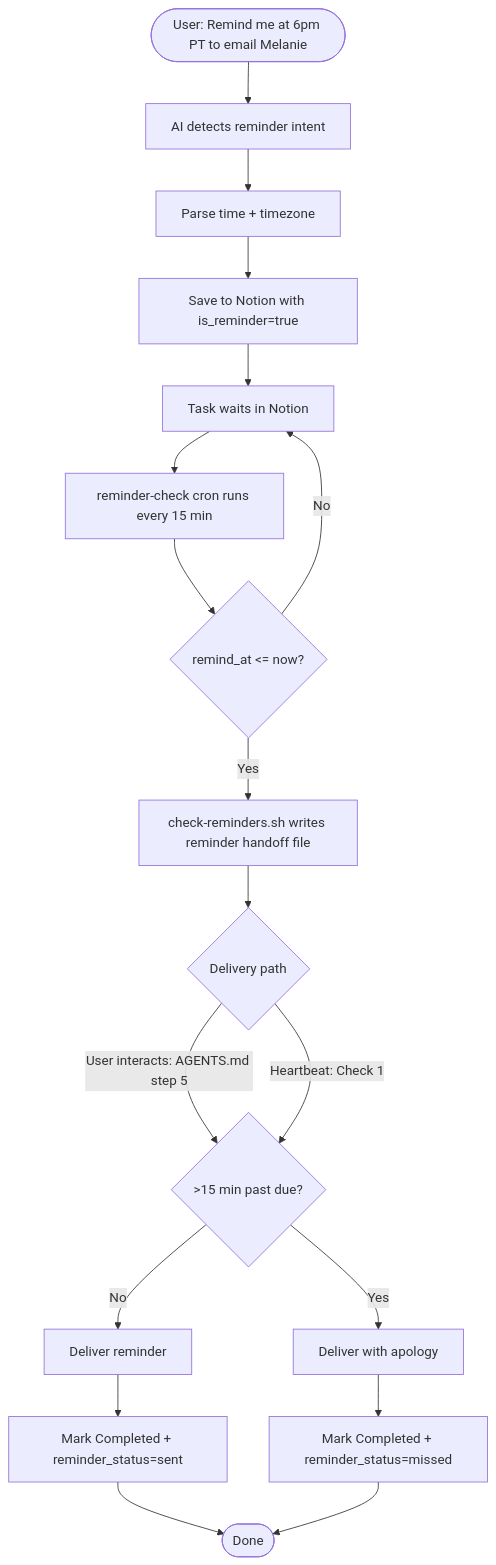
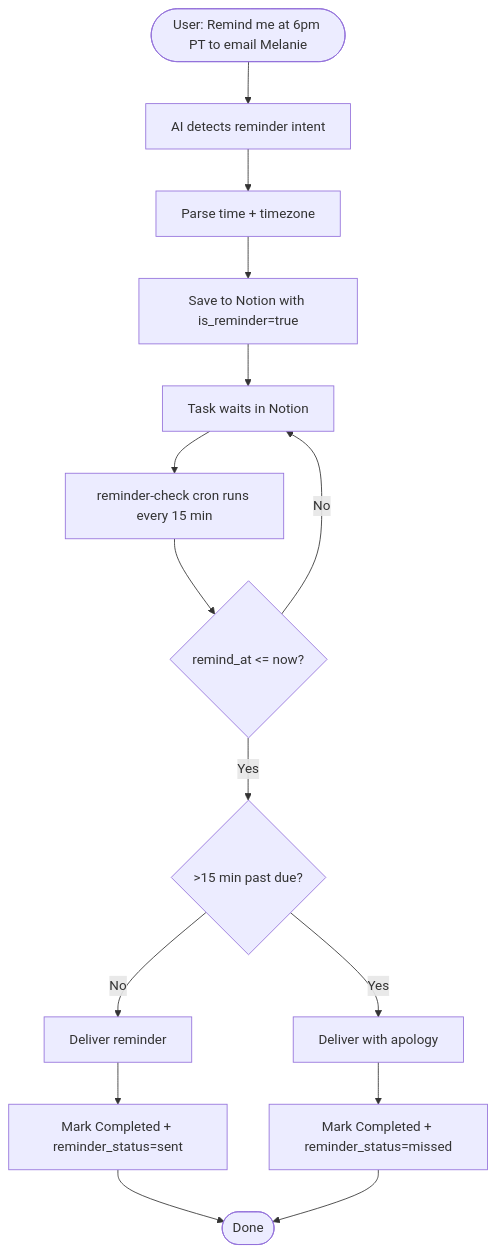
Before and after one commit to NickBorgersProbably/hide-my-list: diagram 28 of 29 in docs/task-lifecycle.md, drawn with Mermaid. The commit also changed other lines of this file and 11 other files, not shown here.

Commit message:
simplify reminder delivery via announce cron

````diff
--- a/docs/task-lifecycle.md
+++ b/docs/task-lifecycle.md
@@ -928,24 +928,20 @@
 ```mermaid
 flowchart TD
     Intake([User: Remind me at 6pm PT to email Melanie]) --> Detect[AI detects reminder intent]
     Detect --> Parse[Parse time + timezone]
     Parse --> Save[Save to Notion with is_reminder=true]
 
     Save --> Wait[Task waits in Notion]
     Wait --> Cron[reminder-check cron runs every 15 min]
     Cron --> Due{remind_at <= now?}
     Due -->|No| Wait
-    Due -->|Yes| Signal[check-reminders.sh writes reminder handoff file]
-    Signal --> Delivery{Delivery path}
-    Delivery -->|User interacts: AGENTS.md step 5| Late{>15 min past due?}
-    Delivery -->|Heartbeat: Check 1| Late
-
+    Due -->|Yes| Late{>15 min past due?}
     Late -->|No| Send[Deliver reminder]
     Late -->|Yes| SendMissed[Deliver with apology]
 
     Send --> Complete[Mark Completed + reminder_status=sent]
     SendMissed --> Complete2[Mark Completed + reminder_status=missed]
 
     Complete --> Done([Done])
     Complete2 --> Done
 ```
````
